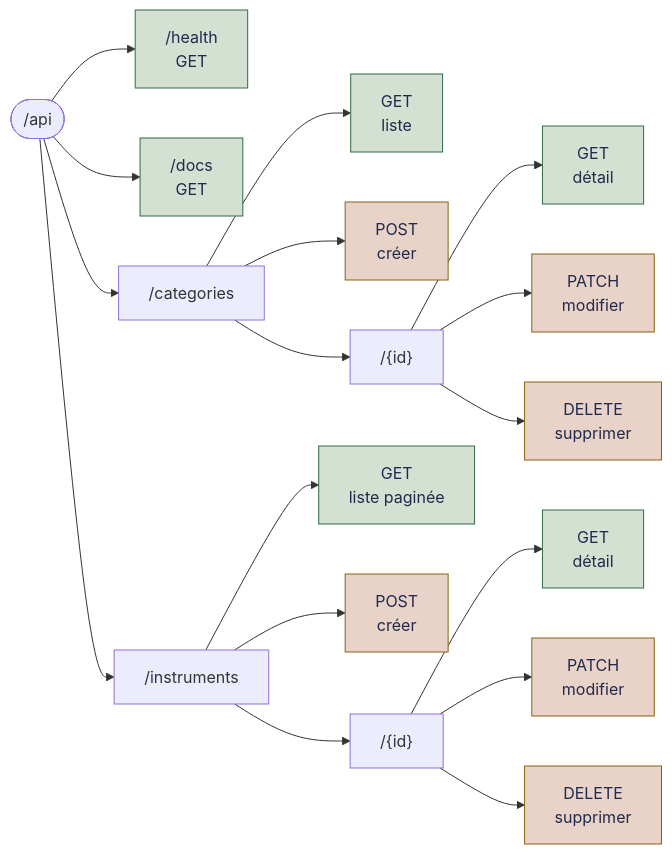
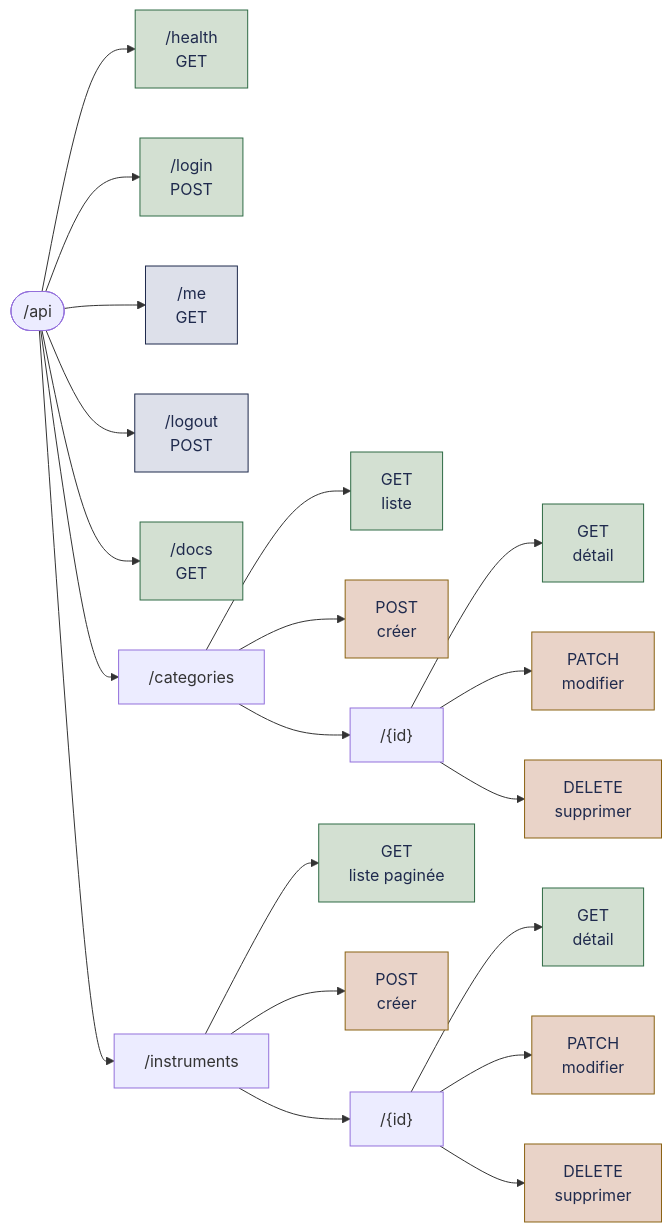
The first of 2 diagrams in explication/02-chemins-api-et-connexion-react.md (mikhawa/instruments), drawn with Mermaid before and after one commit. The commit also changed other lines of this file and 19 other files, not shown here.

````diff
--- a/explication/02-chemins-api-et-connexion-react.md
+++ b/explication/02-chemins-api-et-connexion-react.md
@@ -7,28 +7,33 @@
 ```mermaid
 flowchart LR
     API(["/api"])
 
     API --> H["/health<br/>GET"]
+    API --> LOGIN["/login<br/>POST"]
+    API --> ME["/me<br/>GET"]
+    API --> LOGOUT["/logout<br/>POST"]
     API --> DOCS["/docs<br/>GET"]
 
     API --> CAT["/categories"]
     CAT --> CAT_L["GET<br/>liste"]
     CAT --> CAT_P["POST<br/>créer"]
     CAT --> CAT_ID["/{id}"]
     CAT_ID --> CAT_G["GET<br/>détail"]
     CAT_ID --> CAT_PA["PATCH<br/>modifier"]
     CAT_ID --> CAT_D["DELETE<br/>supprimer"]
 
     API --> INS["/instruments"]
     INS --> INS_L["GET<br/>liste paginée"]
     INS --> INS_P["POST<br/>créer"]
     INS --> INS_ID["/{id}"]
     INS_ID --> INS_G["GET<br/>détail"]
     INS_ID --> INS_PA["PATCH<br/>modifier"]
     INS_ID --> INS_D["DELETE<br/>supprimer"]
 
     classDef public fill:#d3e0d2,stroke:#2f6b45,color:#1f2a4d
     classDef admin fill:#e9d3c8,stroke:#8a6212,color:#1f2a4d
-    class H,DOCS,CAT_L,CAT_G,INS_L,INS_G public
+    classDef session fill:#dde0ea,stroke:#1f2a4d,color:#1f2a4d
+    class H,DOCS,CAT_L,CAT_G,INS_L,INS_G,LOGIN public
+    class ME,LOGOUT session
     class CAT_P,CAT_PA,CAT_D,INS_P,INS_PA,INS_D admin
 ```
````
